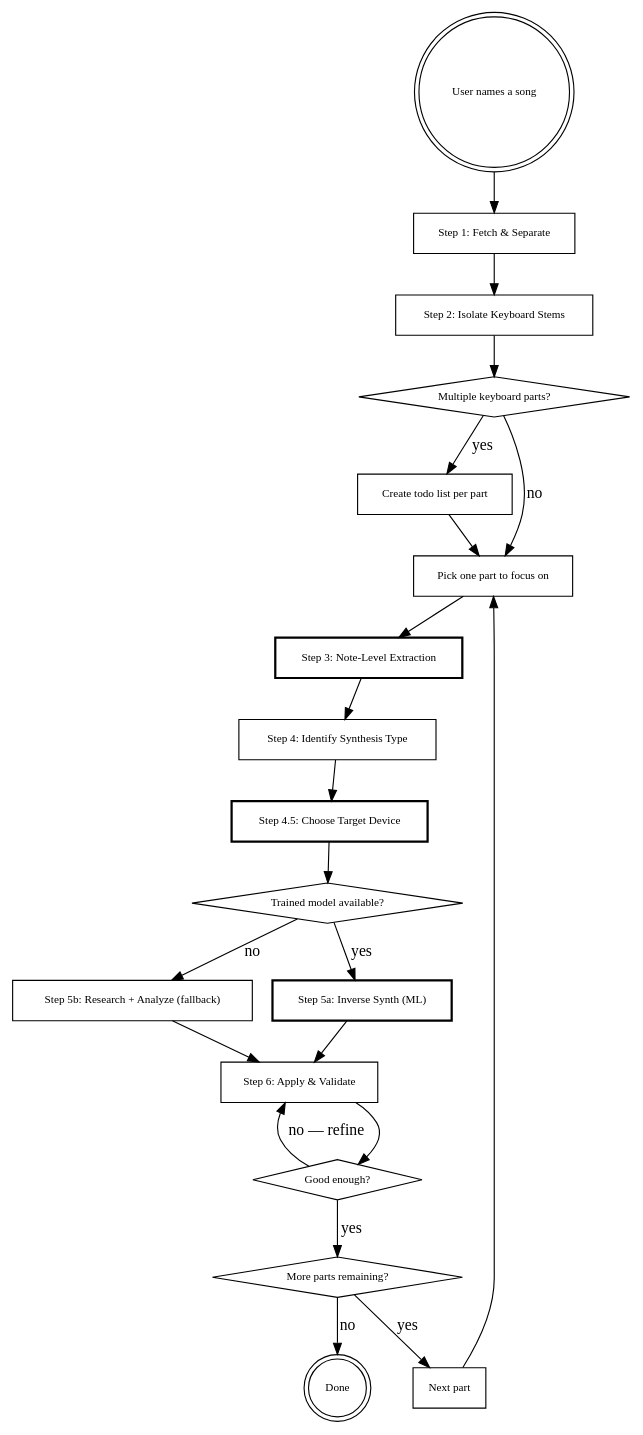
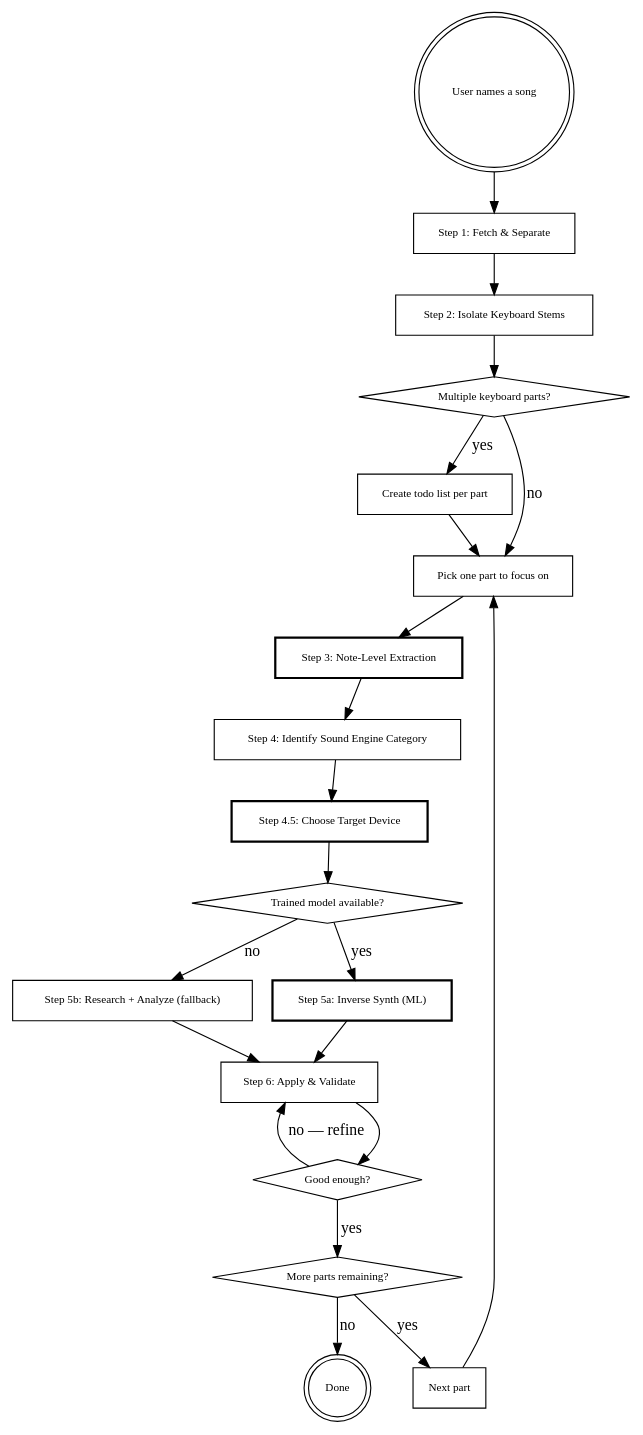
The diagram in prompts/recreate-sound.md (uribrecher/sound-recreation-agent), drawn with Graphviz before and after one commit. The commit also changed other lines of this file, not shown here.

First line of the commit message:
fix: address Copilot review — license, pickup types, step references

````diff
--- a/prompts/recreate-sound.md
+++ b/prompts/recreate-sound.md
@@ -26,45 +26,45 @@
 ```dot
 digraph recreate_sound {
     rankdir=TB;
     node [fontsize=10];
 
     "User names a song" [shape=doublecircle];
     "Step 1: Fetch & Separate" [shape=box];
     "Step 2: Isolate Keyboard Stems" [shape=box];
     "Multiple keyboard parts?" [shape=diamond];
     "Create todo list per part" [shape=box];
     "Pick one part to focus on" [shape=box];
     "Step 3: Note-Level Extraction" [shape=box, style=bold];
-    "Step 4: Identify Synthesis Type" [shape=box];
+    "Step 4: Identify Sound Engine Category" [shape=box];
     "Step 4.5: Choose Target Device" [shape=box, style=bold];
     "Trained model available?" [shape=diamond];
     "Step 5a: Inverse Synth (ML)" [shape=box, style=bold];
     "Step 5b: Research + Analyze (fallback)" [shape=box];
     "Step 6: Apply & Validate" [shape=box];
     "Good enough?" [shape=diamond];
     "More parts remaining?" [shape=diamond];
     "Next part" [shape=box];
     "Done" [shape=doublecircle];
 
     "User names a song" -> "Step 1: Fetch & Separate";
     "Step 1: Fetch & Separate" -> "Step 2: Isolate Keyboard Stems";
     "Step 2: Isolate Keyboard Stems" -> "Multiple keyboard parts?";
     "Multiple keyboard parts?" -> "Create todo list per part" [label="yes"];
     "Multiple keyboard parts?" -> "Pick one part to focus on" [label="no"];
     "Create todo list per part" -> "Pick one part to focus on";
     "Pick one part to focus on" -> "Step 3: Note-Level Extraction";
-    "Step 3: Note-Level Extraction" -> "Step 4: Identify Synthesis Type";
-    "Step 4: Identify Synthesis Type" -> "Step 4.5: Choose Target Device";
+    "Step 3: Note-Level Extraction" -> "Step 4: Identify Sound Engine Category";
+    "Step 4: Identify Sound Engine Category" -> "Step 4.5: Choose Target Device";
     "Step 4.5: Choose Target Device" -> "Trained model available?";
     "Trained model available?" -> "Step 5a: Inverse Synth (ML)" [label="yes"];
     "Trained model available?" -> "Step 5b: Research + Analyze (fallback)" [label="no"];
     "Step 5a: Inverse Synth (ML)" -> "Step 6: Apply & Validate";
     "Step 5b: Research + Analyze (fallback)" -> "Step 6: Apply & Validate";
     "Step 6: Apply & Validate" -> "Good enough?";
     "Good enough?" -> "More parts remaining?" [label="yes"];
     "Good enough?" -> "Step 6: Apply & Validate" [label="no — refine"];
     "More parts remaining?" -> "Next part" [label="yes"];
     "More parts remaining?" -> "Done" [label="no"];
     "Next part" -> "Pick one part to focus on";
 }
 ```
````
